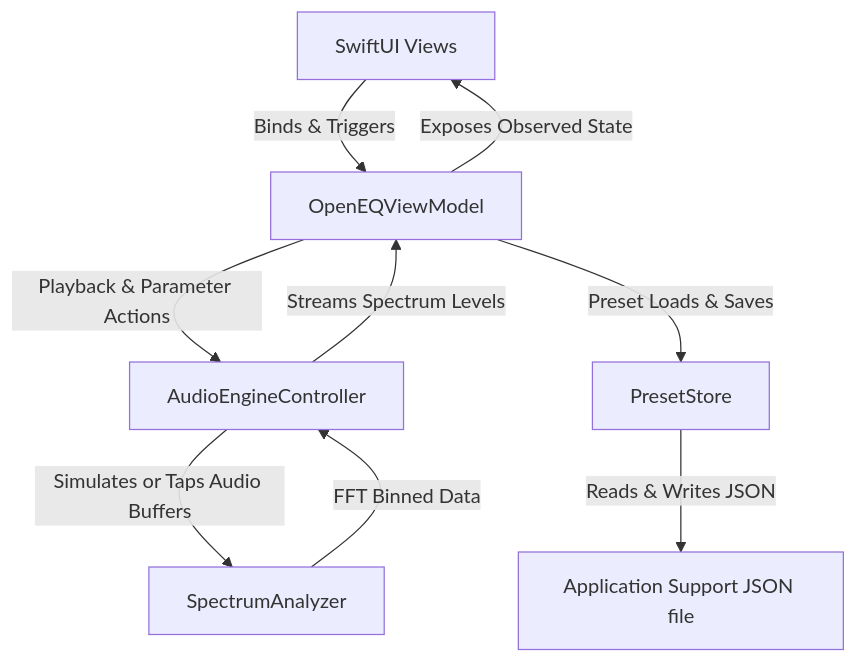
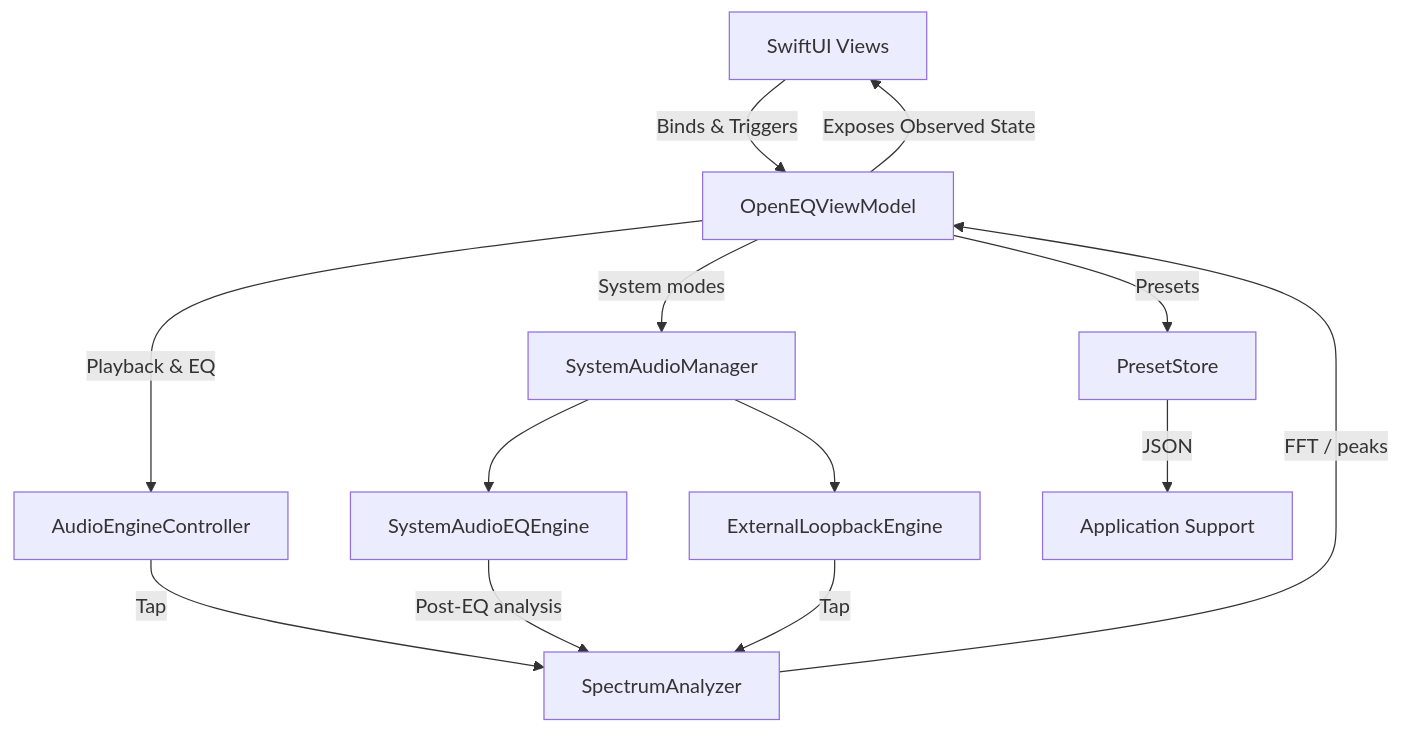
The diagram in docs/architecture.md (oznksc/OpenEQ), drawn with Mermaid before and after one commit. The commit also changed other lines of this file and 17 other files, not shown here.

````diff
--- a/docs/architecture.md
+++ b/docs/architecture.md
@@ -5,11 +5,15 @@
 ```mermaid
 graph TD
     A[SwiftUI Views] -->|Binds & Triggers| B[OpenEQViewModel]
     B -->|Exposes Observed State| A
-    B -->|Playback & Parameter Actions| C[AudioEngineController]
-    C -->|Simulates or Taps Audio Buffers| D[SpectrumAnalyzer]
-    D -->|FFT Binned Data| C
-    C -->|Streams Spectrum Levels| B
-    B -->|Preset Loads & Saves| E[PresetStore]
-    E -->|Reads & Writes JSON| F[Application Support JSON file]
+    B -->|Playback & EQ| C[AudioEngineController]
+    B -->|System modes| S[SystemAudioManager]
+    S --> T[SystemAudioEQEngine]
+    S --> L[ExternalLoopbackEngine]
+    C -->|Tap| D[SpectrumAnalyzer]
+    T -->|Post-EQ analysis| D
+    L -->|Tap| D
+    D -->|FFT / peaks| B
+    B -->|Presets| E[PresetStore]
+    E -->|JSON| F[Application Support]
 ```
````
